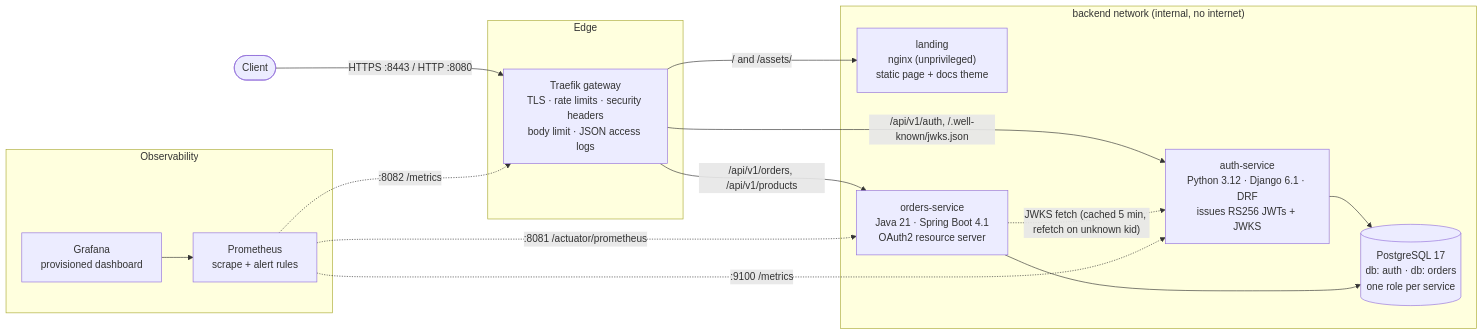
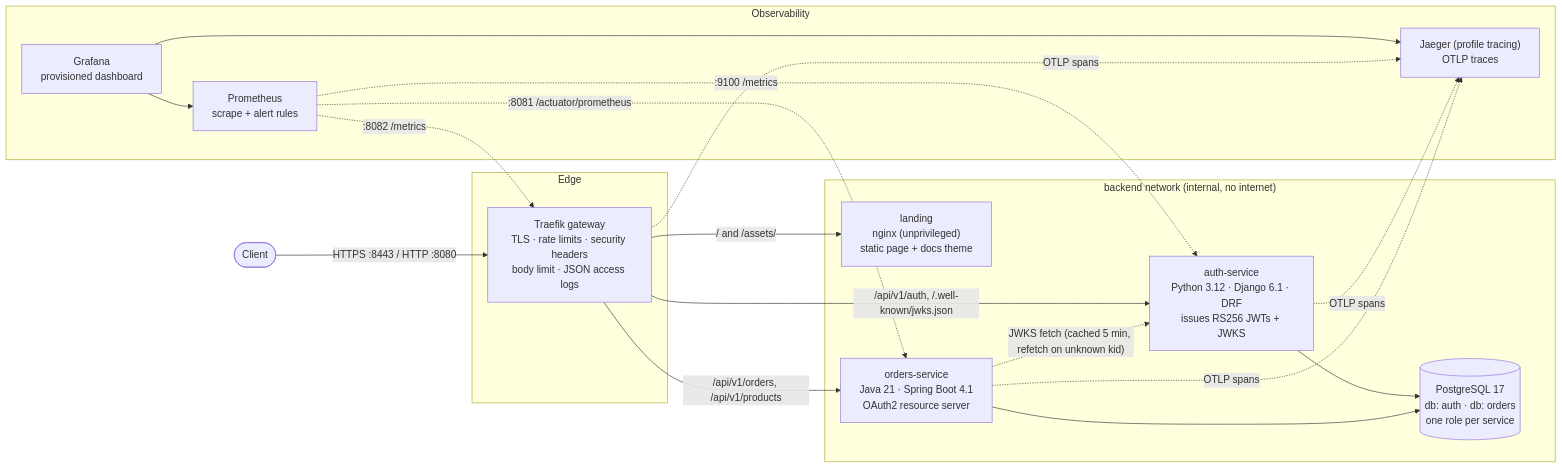
One commit to Arya-9989/secure-cloud-microservices-platform changed the first of 2 diagrams in README.md. Above: the diagram before and after it, drawn with Mermaid. The commit also changed other lines of this file and 24 other files, not shown here.

First line of the commit message:
feat(tracing): OpenTelemetry traces from the gateway to PostgreSQL

````diff
--- a/README.md
+++ b/README.md
@@ -35,32 +35,37 @@
 ```mermaid
 flowchart LR
     client([Client])
 
     subgraph edge [Edge]
         gw["Traefik gateway<br/>TLS · rate limits · security headers<br/>body limit · JSON access logs"]
     end
 
     subgraph backend ["backend network (internal, no internet)"]
         landing["landing<br/>nginx (unprivileged)<br/>static page + docs theme"]
         auth["auth-service<br/>Python 3.12 · Django 6.1 · DRF<br/>issues RS256 JWTs + JWKS"]
         orders["orders-service<br/>Java 21 · Spring Boot 4.1<br/>OAuth2 resource server"]
         pg[("PostgreSQL 17<br/>db: auth · db: orders<br/>one role per service")]
     end
 
     subgraph obs [Observability]
         prom["Prometheus<br/>scrape + alert rules"]
         graf["Grafana<br/>provisioned dashboard"]
+        jaeger["Jaeger (profile tracing)<br/>OTLP traces"]
     end
 
     client -->|HTTPS :8443 / HTTP :8080| gw
     gw -->|/ and /assets/| landing
     gw -->|/api/v1/auth, /.well-known/jwks.json| auth
     gw -->|/api/v1/orders, /api/v1/products| orders
     orders -. "JWKS fetch (cached 5 min, refetch on unknown kid)" .-> auth
     auth --> pg
     orders --> pg
     prom -. ":9100 /metrics" .-> auth
     prom -. ":8081 /actuator/prometheus" .-> orders
     prom -. ":8082 /metrics" .-> gw
     graf --> prom
+    graf --> jaeger
+    gw -. "OTLP spans" .-> jaeger
+    auth -. "OTLP spans" .-> jaeger
+    orders -. "OTLP spans" .-> jaeger
 ```
````
